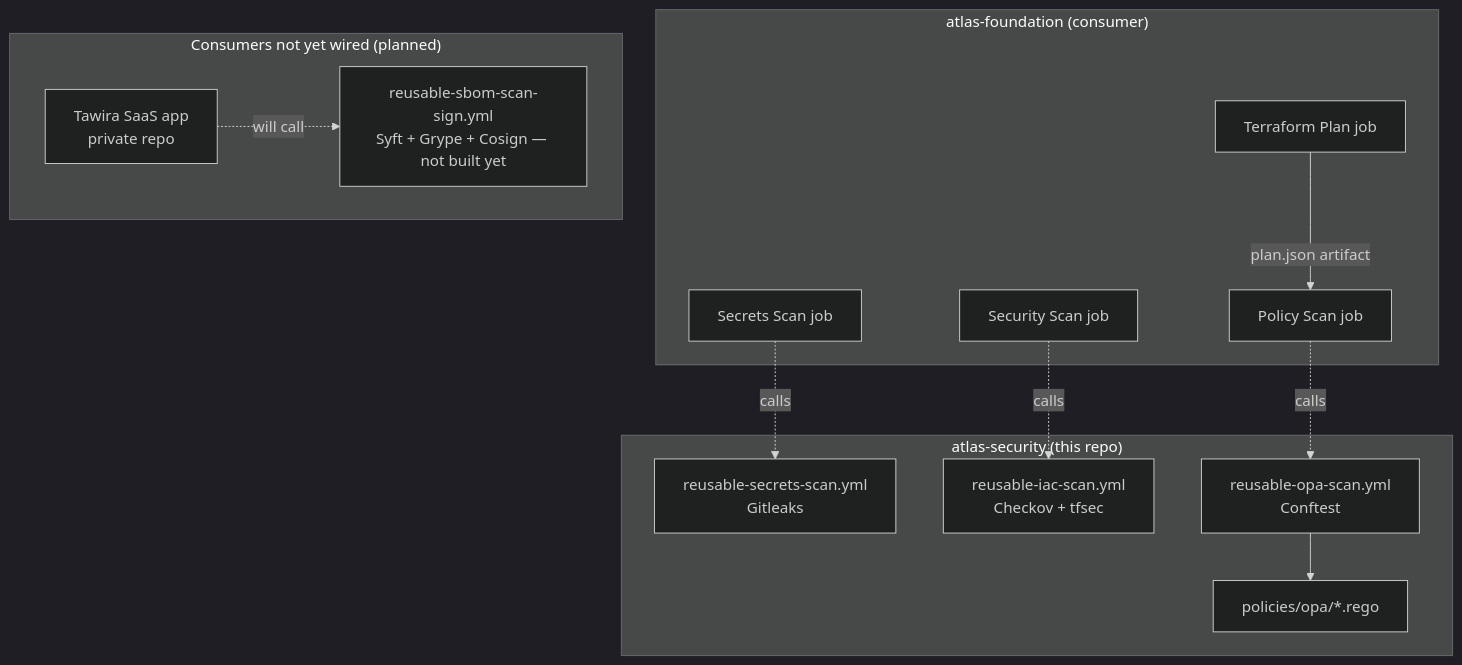
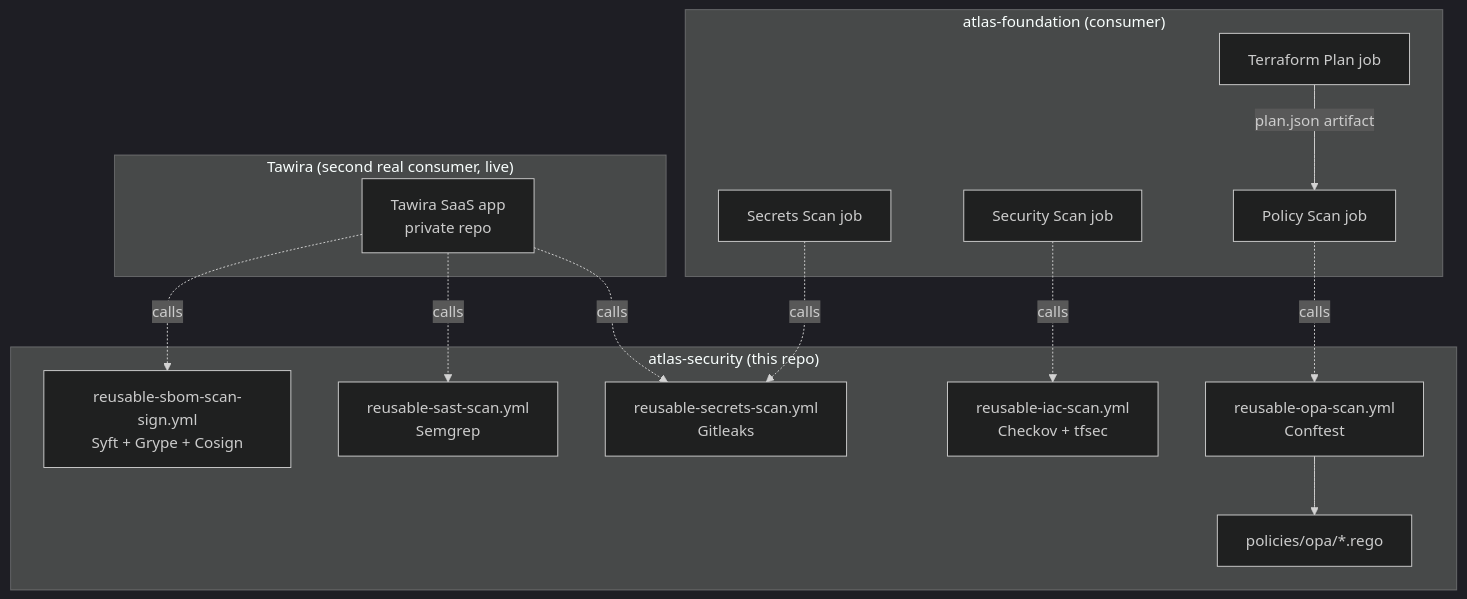
The diagram in README.md (spacecode-art/atlas-security), drawn with Mermaid (dark theme) before and after one commit. The commit also changed other lines of this file and 3 other files, not shown here.

````diff
--- a/README.md
+++ b/README.md
@@ -39,28 +41,31 @@
 ```mermaid
 graph TB
     subgraph "atlas-security (this repo)"
         GITLEAKS[reusable-secrets-scan.yml<br/>Gitleaks]
         IAC[reusable-iac-scan.yml<br/>Checkov + tfsec]
         OPA[reusable-opa-scan.yml<br/>Conftest]
+        SAST[reusable-sast-scan.yml<br/>Semgrep]
+        SBOM[reusable-sbom-scan-sign.yml<br/>Syft + Grype + Cosign]
         POLICIES[policies/opa/*.rego]
         OPA --> POLICIES
     end
 
     subgraph "atlas-foundation (consumer)"
         SECRETS_JOB[Secrets Scan job]
         PLAN_JOB[Terraform Plan job]
         SEC_JOB[Security Scan job]
         POLICY_JOB[Policy Scan job]
 
         SECRETS_JOB -.calls.-> GITLEAKS
         SEC_JOB -.calls.-> IAC
         PLAN_JOB -->|"plan.json artifact"| POLICY_JOB
         POLICY_JOB -.calls.-> OPA
     end
 
-    subgraph "Consumers not yet wired (planned)"
+    subgraph "Tawira (second real consumer, live)"
         TAWIRA[Tawira SaaS app<br/>private repo]
-        SBOM[reusable-sbom-scan-sign.yml<br/>Syft + Grype + Cosign — not built yet]
-        TAWIRA -.will call.-> SBOM
+        TAWIRA -.calls.-> GITLEAKS
+        TAWIRA -.calls.-> SAST
+        TAWIRA -.calls.-> SBOM
     end
 ```
````
